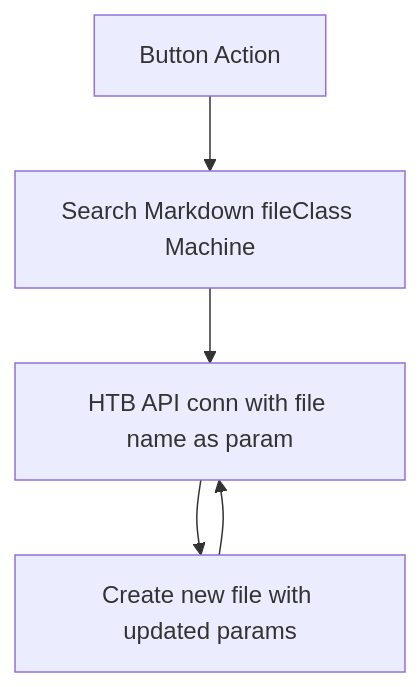
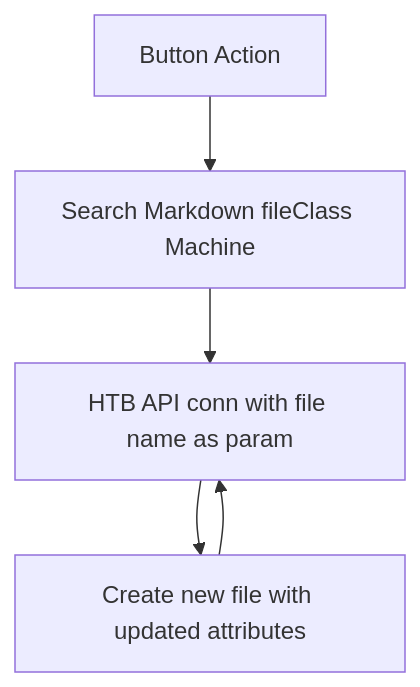
Before and after one commit to 0x4xel/HTNotes: the second of 2 diagrams in HTB/⚡ Start Machine ⚡.md, drawn with Mermaid. The commit also changed other lines of this file, not shown here.

Commit message:
fix flowchart

````diff
--- a/HTB/⚡ Start Machine ⚡.md
+++ b/HTB/⚡ Start Machine ⚡.md
@@ -36,9 +37,9 @@
 ```mermaid
 flowchart TB
         A["Button Action"] --> B["Search Markdown fileClass Machine"]
         B --> C["HTB API conn with file name as param"]
-        C --> D["Create new file with updated params"]
+        C --> D["Create new file with updated attributes"]
 		D --> C
         
 	
 ```
````
